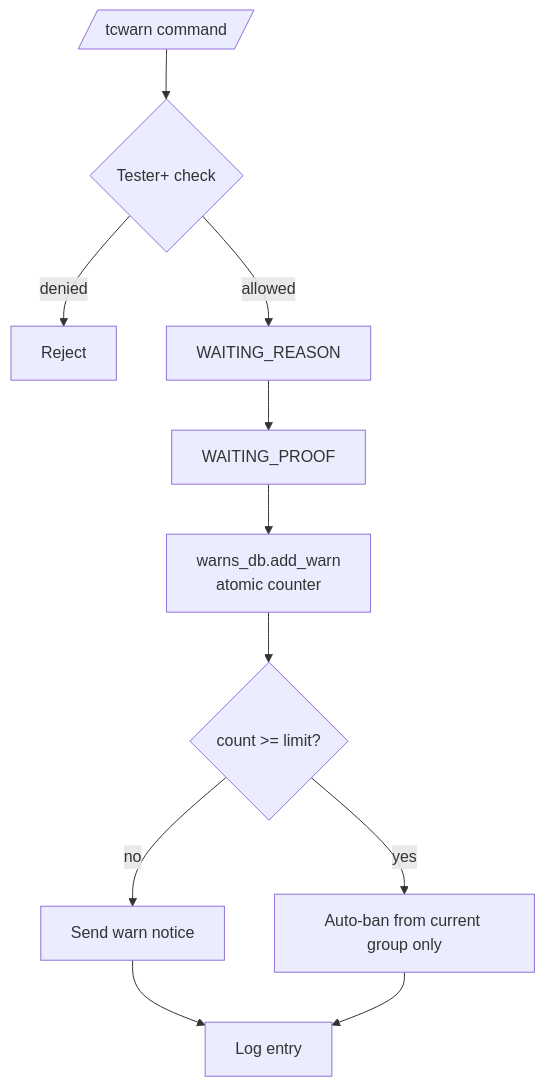
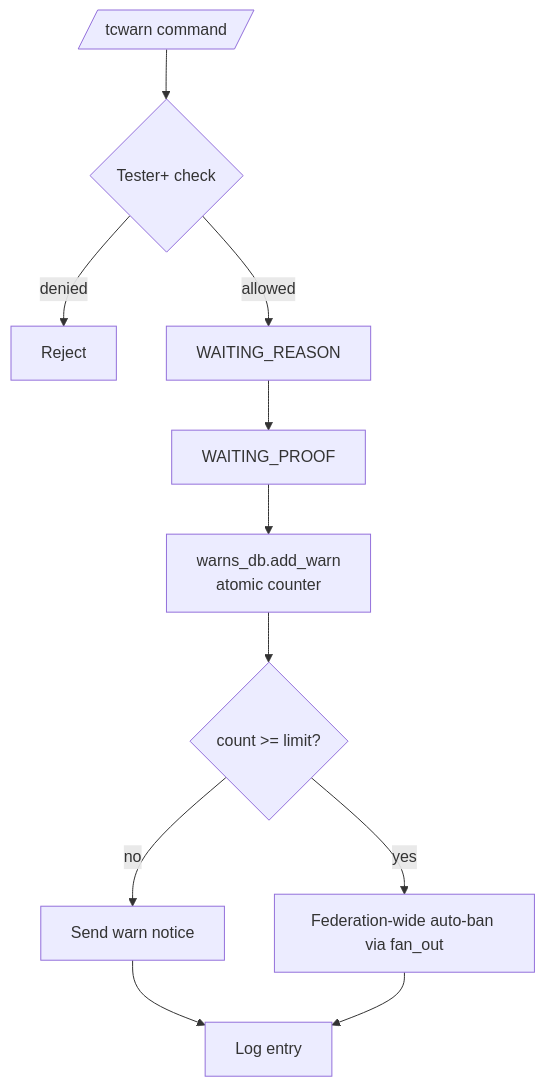
The diagram in docs/warnings-detailed.md (D1ZZY4/tcbot), drawn with Mermaid before and after one commit. The commit also changed other lines of this file and 13 other files, not shown here.

First line of the commit message:
Update warning system to implement federation-wide bans and improve logging

````diff
--- a/docs/warnings-detailed.md
+++ b/docs/warnings-detailed.md
@@ -7,13 +7,13 @@
 ```mermaid
 flowchart TD
     Cmd[/tcwarn command/] --> Permission{Tester+ check}
     Permission -->|denied| End1[Reject]
     Permission -->|allowed| Reason[WAITING_REASON]
     Reason --> Proof[WAITING_PROOF]
     Proof --> AddWarn[warns_db.add_warn<br/>atomic counter]
     AddWarn --> Check{count >= limit?}
     Check -->|no| Notify[Send warn notice]
-    Check -->|yes| AutoBan[Auto-ban from current group only]
+    Check -->|yes| AutoBan[Federation-wide auto-ban via fan_out]
     Notify --> Log[Log entry]
     AutoBan --> Log
 ```
````
